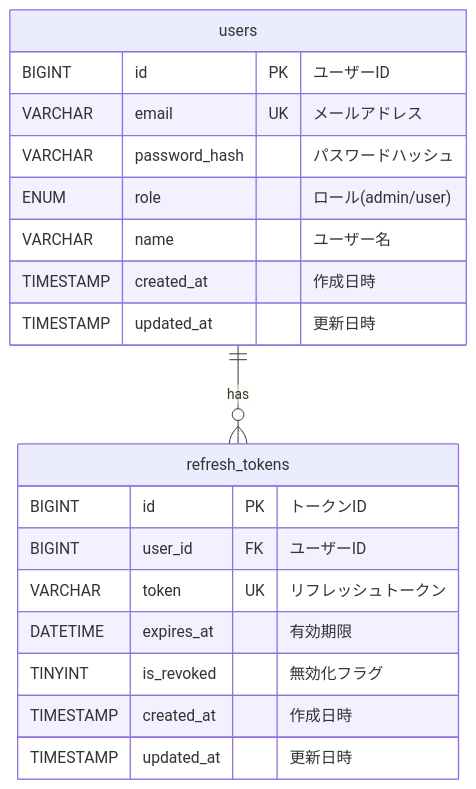
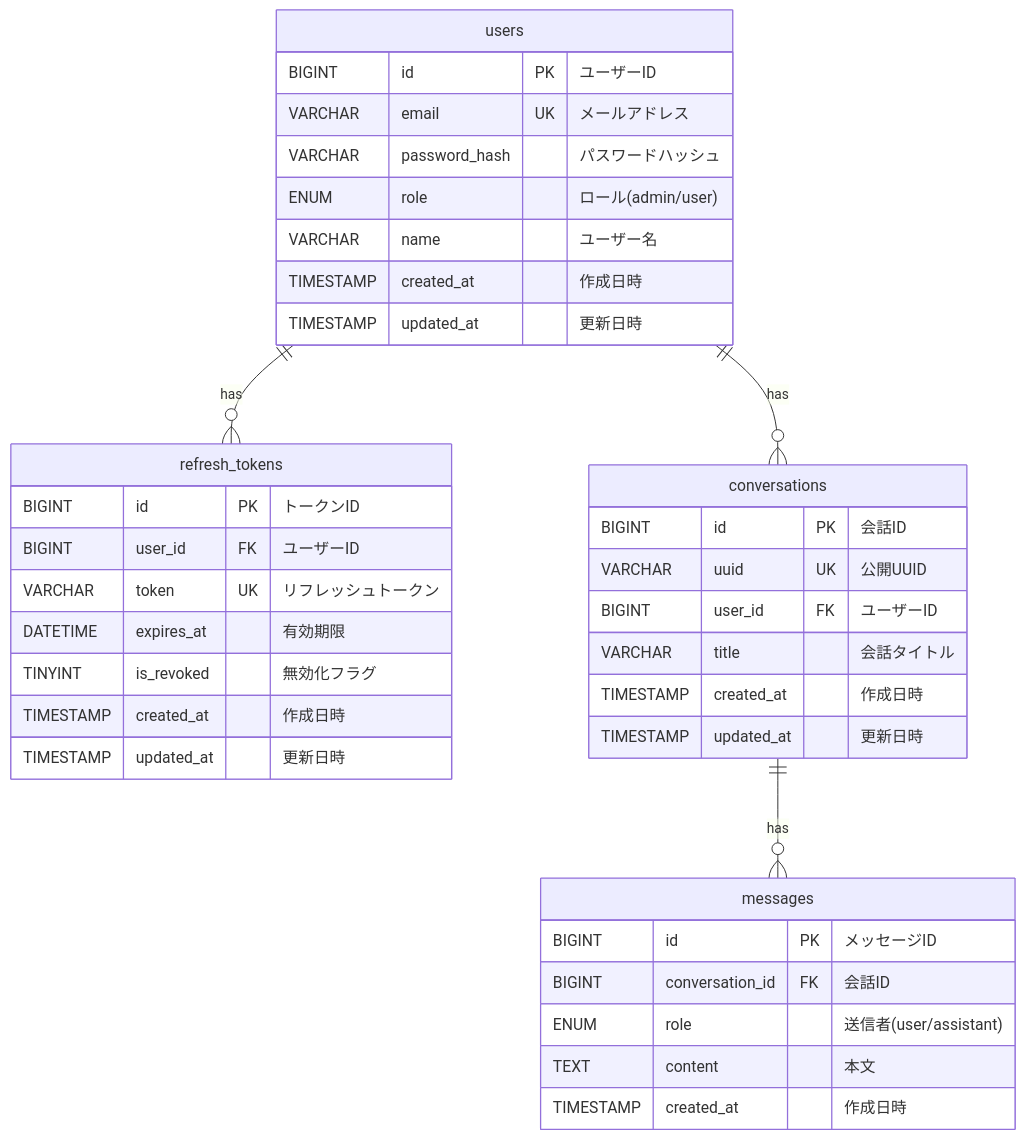
Before and after one commit to TomokiIshimine/fullstack-agent-app-with-claude: the diagram in docs/04_database-design.md, drawn with Mermaid. The commit also changed other lines of this file and 3 other files, not shown here.

````diff
--- a/docs/04_database-design.md
+++ b/docs/04_database-design.md
@@ -38,24 +40,43 @@
 ```mermaid
 erDiagram
     users ||--o{ refresh_tokens : "has"
+    users ||--o{ conversations : "has"
+    conversations ||--o{ messages : "has"
 
     users {
         BIGINT id PK "ユーザーID"
         VARCHAR email UK "メールアドレス"
         VARCHAR password_hash "パスワードハッシュ"
         ENUM role "ロール(admin/user)"
         VARCHAR name "ユーザー名"
         TIMESTAMP created_at "作成日時"
         TIMESTAMP updated_at "更新日時"
     }
 
     refresh_tokens {
         BIGINT id PK "トークンID"
         BIGINT user_id FK "ユーザーID"
         VARCHAR token UK "リフレッシュトークン"
         DATETIME expires_at "有効期限"
         TINYINT is_revoked "無効化フラグ"
         TIMESTAMP created_at "作成日時"
         TIMESTAMP updated_at "更新日時"
     }
+
+    conversations {
+        BIGINT id PK "会話ID"
+        VARCHAR uuid UK "公開UUID"
+        BIGINT user_id FK "ユーザーID"
+        VARCHAR title "会話タイトル"
+        TIMESTAMP created_at "作成日時"
+        TIMESTAMP updated_at "更新日時"
+    }
+
+    messages {
+        BIGINT id PK "メッセージID"
+        BIGINT conversation_id FK "会話ID"
+        ENUM role "送信者(user/assistant)"
+        TEXT content "本文"
+        TIMESTAMP created_at "作成日時"
+    }
 ```
````
